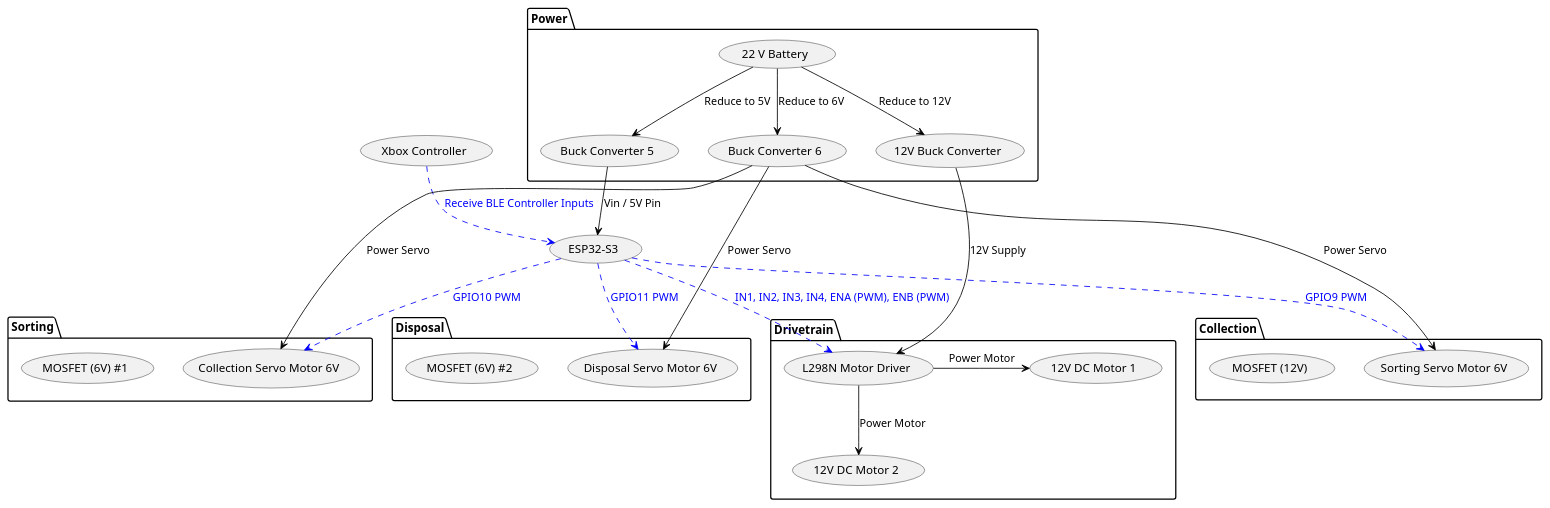
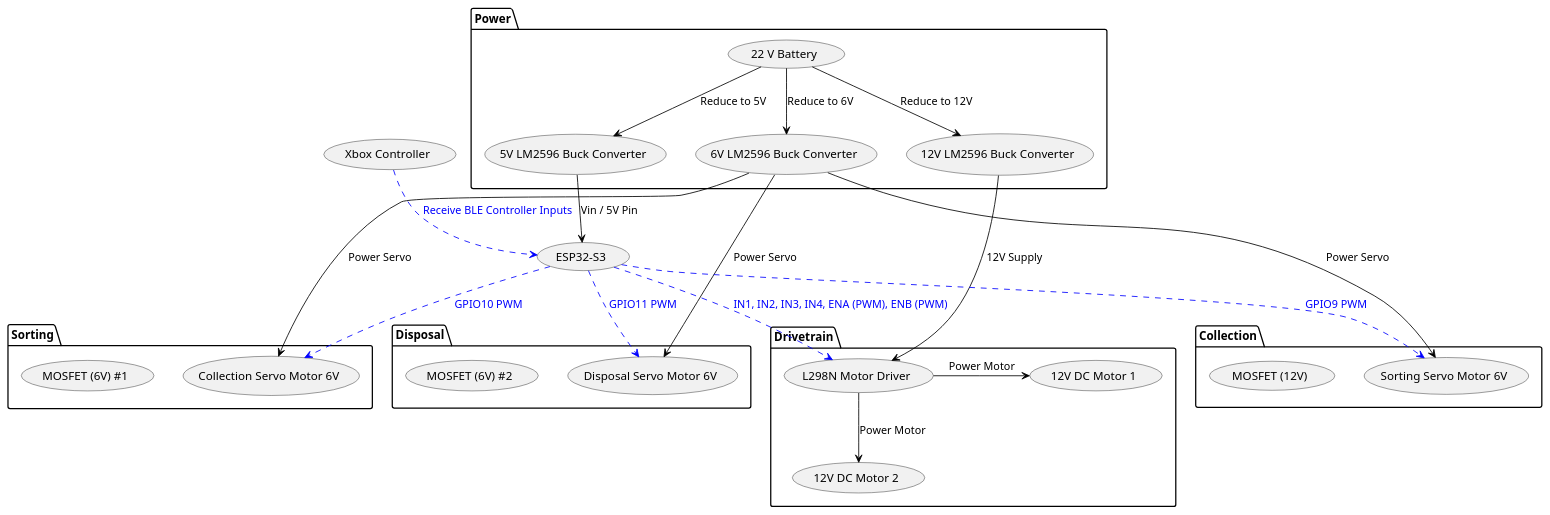
Before and after one commit to RajitTalluri/ASME_SDC_-25--26: the diagram in Documentation/Diagram/Diagram/Diagram1.plantuml, drawn with PlantUML.

Commit message:
BLE script upload

```diff
--- a/Documentation/Diagram/Diagram/Diagram1.plantuml
+++ b/Documentation/Diagram/Diagram/Diagram1.plantuml
@@ -1,59 +1,59 @@
 @startuml ASME SDC 25-26 Diagram
 
 package Power {
 usecase "22 V Battery" as B
-usecase "12V Buck Converter" as BC12
-usecase "Buck Converter 6" as BC6
-usecase "Buck Converter 5" as BC5
+usecase "12V LM2596 Buck Converter" as BC12
+usecase "6V LM2596 Buck Converter" as BC6
+usecase "5V LM2596 Buck Converter" as BC5
 }
 
 package Drivetrain {
     usecase "L298N Motor Driver" as L298N
     usecase "12V DC Motor 1" as DC1
     usecase "12V DC Motor 2" as DC2
 }
 
 package Collection {
     usecase "Sorting Servo Motor 6V" as SSM
     usecase "MOSFET (12V)" as MOS12
 }
 
 package Sorting {
     usecase "Collection Servo Motor 6V" as CSM
     usecase "MOSFET (6V) #1" as MOS61
 }
 
 package Disposal {
     usecase "Disposal Servo Motor 6V" as DSM
     usecase "MOSFET (6V) #2" as MOS62
 }
 
 
 (Xbox Controller) ..> (ESP32-S3) #blue;text:blue : Receive BLE Controller Inputs
 
 
 'POWER
 B --> BC12 #black;text:black : Reduce to 12V
 B --> BC6 #black;text:black : Reduce to 6V
 B --> BC5 #black;text:black : Reduce to 5V
 
 BC12 --> L298N #black;text:black : 12V Supply
 L298N-> DC1 #black;text:black : Power Motor
 L298N --> DC2 #black;text:black : Power Motor
 
 BC5 --> (ESP32-S3) #black;text:black : Vin / 5V Pin
 
 BC6 --> SSM #black;text:black : Power Servo
 BC6 --> CSM #black;text:black : Power Servo
 BC6 --> DSM #black;text:black : Power Servo
 
 'Pins
 (ESP32-S3) ..> L298N #blue;text:blue : IN1, IN2, IN3, IN4, ENA (PWM), ENB (PWM)
 ' IN1-->GPIO6, IN2-->GPIO7, IN3-->GPIO15, IN4-->GPIO16, ENA-->GPIO17, ENB-->GPIO18
 
 (ESP32-S3) ..> SSM #blue;text:blue : GPIO9 PWM
 (ESP32-S3) ..> CSM #blue;text:blue : GPIO10 PWM
 (ESP32-S3) ..> DSM #blue;text:blue : GPIO11 PWM
 
 
 @enduml
```
